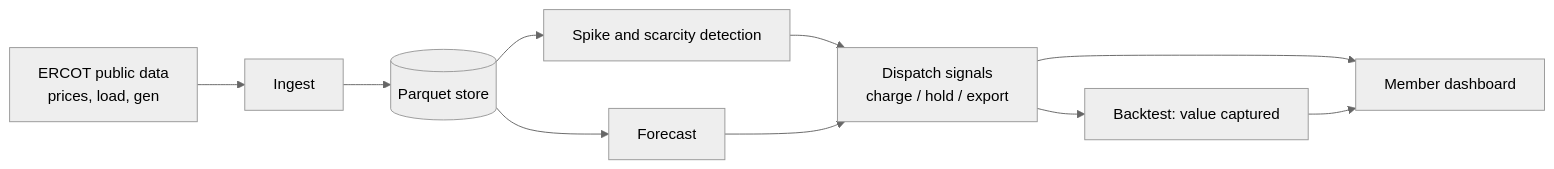
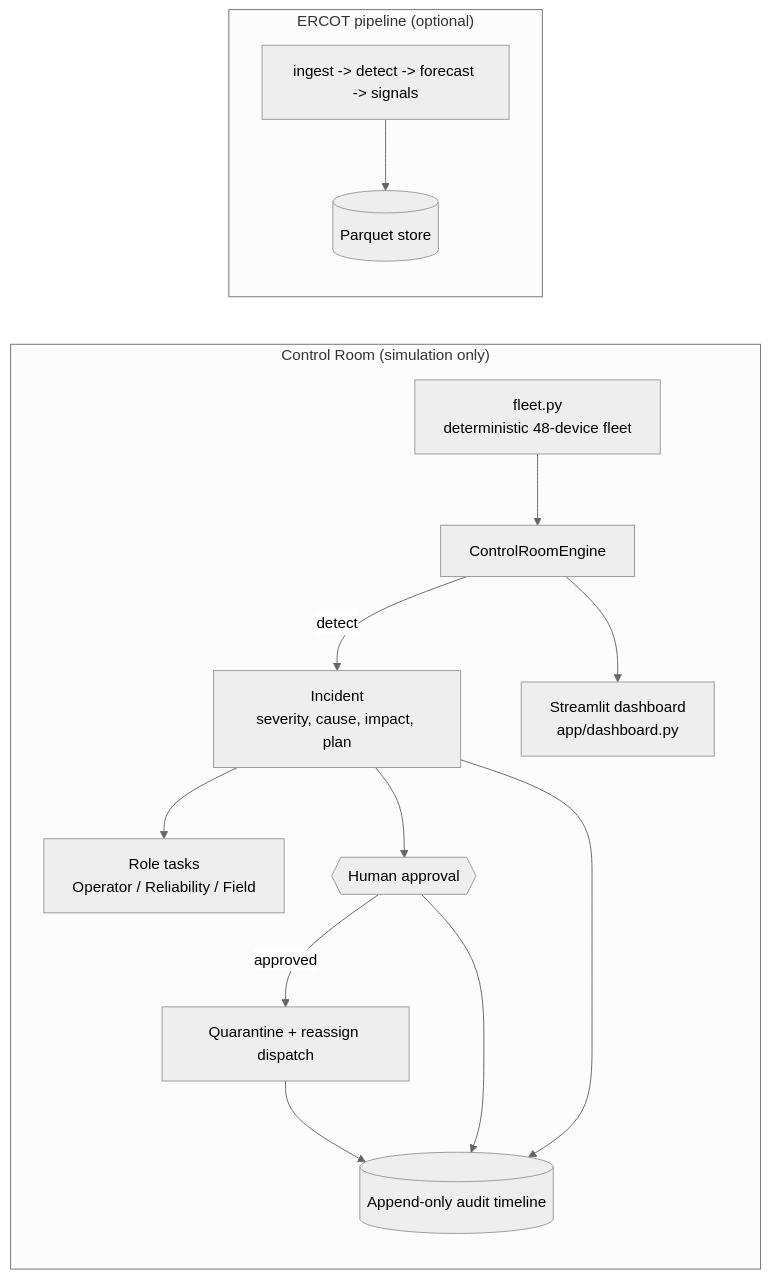
Before and after one commit to Regantih/gridsignal: the diagram in README.md, drawn with Mermaid (neutral theme). The commit also changed other lines of this file and 23 other files, not shown here.

Commit message:
Add GridSignal Control Room: simulated fleet failure to human-approved recovery

````diff
--- a/README.md
+++ b/README.md
@@ -35,12 +68,17 @@
 ```mermaid
 flowchart LR
-    A[ERCOT public data<br/>prices, load, gen] --> B[Ingest]
-    B --> C[(Parquet store)]
-    C --> D[Spike and scarcity detection]
-    C --> E[Forecast]
-    D --> F[Dispatch signals<br/>charge / hold / export]
-    E --> F
-    F --> G[Backtest: value captured]
-    F --> H[Member dashboard]
-    G --> H
+    subgraph CR["Control Room (simulation only)"]
+        F[fleet.py<br/>deterministic 48-device fleet] --> E[ControlRoomEngine]
+        E -->|detect| I[Incident<br/>severity, cause, impact, plan]
+        I --> T[Role tasks<br/>Operator / Reliability / Field]
+        I --> H{{Human approval}}
+        H -->|approved| R[Quarantine + reassign dispatch]
+        R --> A[(Append-only audit timeline)]
+        H --> A
+        I --> A
+        E --> D[Streamlit dashboard<br/>app/dashboard.py]
+    end
+    subgraph GP["ERCOT pipeline (optional)"]
+        P[ingest -> detect -> forecast -> signals] --> Q[(Parquet store)]
+    end
 ```
````
